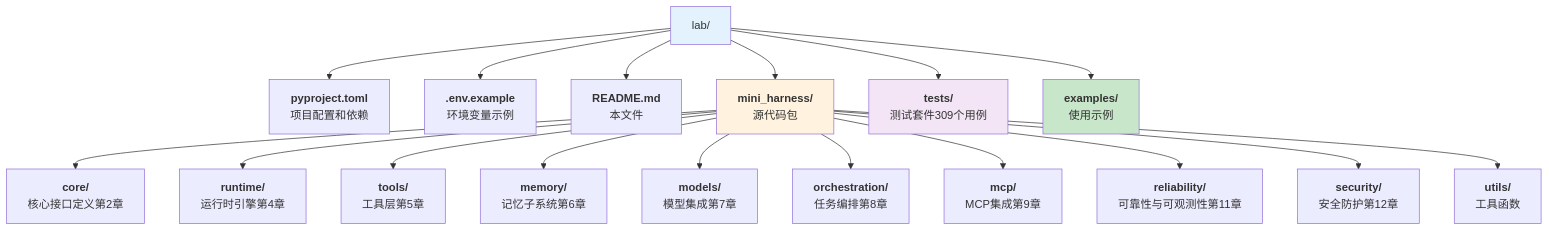
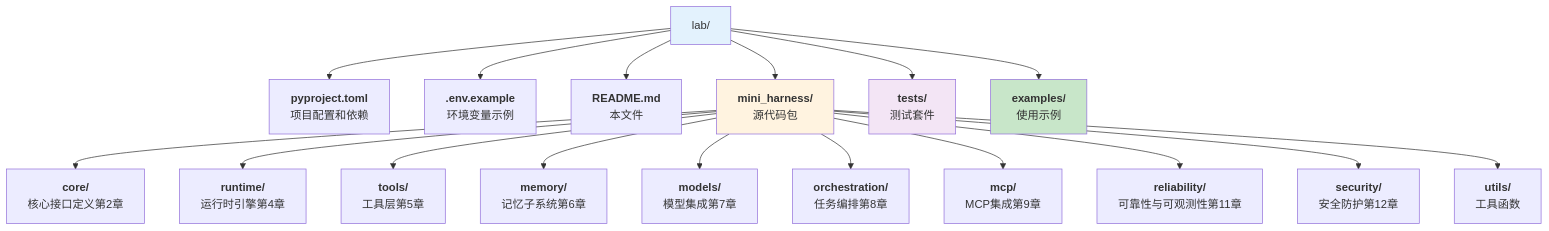
One commit to yeasy/harness_engineering_guide changed the diagram in lab/README.md. Above: the diagram before and after it, drawn with Mermaid. The commit also changed other lines of this file and 7 other files, not shown here.

````diff
--- a/lab/README.md
+++ b/lab/README.md
@@ -27,28 +27,28 @@
 ```mermaid
 graph TD
     A["lab/"]
 
     A --> B["<b>pyproject.toml</b><br/>项目配置和依赖"]
     A --> C["<b>.env.example</b><br/>环境变量示例"]
     A --> D["<b>README.md</b><br/>本文件"]
 
     A --> E["<b>mini_harness/</b><br/>源代码包"]
     E --> E1["<b>core/</b><br/>核心接口定义第2章"]
     E --> E2["<b>runtime/</b><br/>运行时引擎第4章"]
     E --> E3["<b>tools/</b><br/>工具层第5章"]
     E --> E4["<b>memory/</b><br/>记忆子系统第6章"]
     E --> E5["<b>models/</b><br/>模型集成第7章"]
     E --> E6["<b>orchestration/</b><br/>任务编排第8章"]
     E --> E7["<b>mcp/</b><br/>MCP集成第9章"]
     E --> E8["<b>reliability/</b><br/>可靠性与可观测性第11章"]
     E --> E9["<b>security/</b><br/>安全防护第12章"]
     E --> E10["<b>utils/</b><br/>工具函数"]
 
-    A --> F["<b>tests/</b><br/>测试套件309个用例"]
+    A --> F["<b>tests/</b><br/>测试套件"]
     A --> G["<b>examples/</b><br/>使用示例"]
 
     style A fill:#e3f2fd
     style E fill:#fff3e0
     style F fill:#f3e5f5
     style G fill:#c8e6c9
 ```
````
